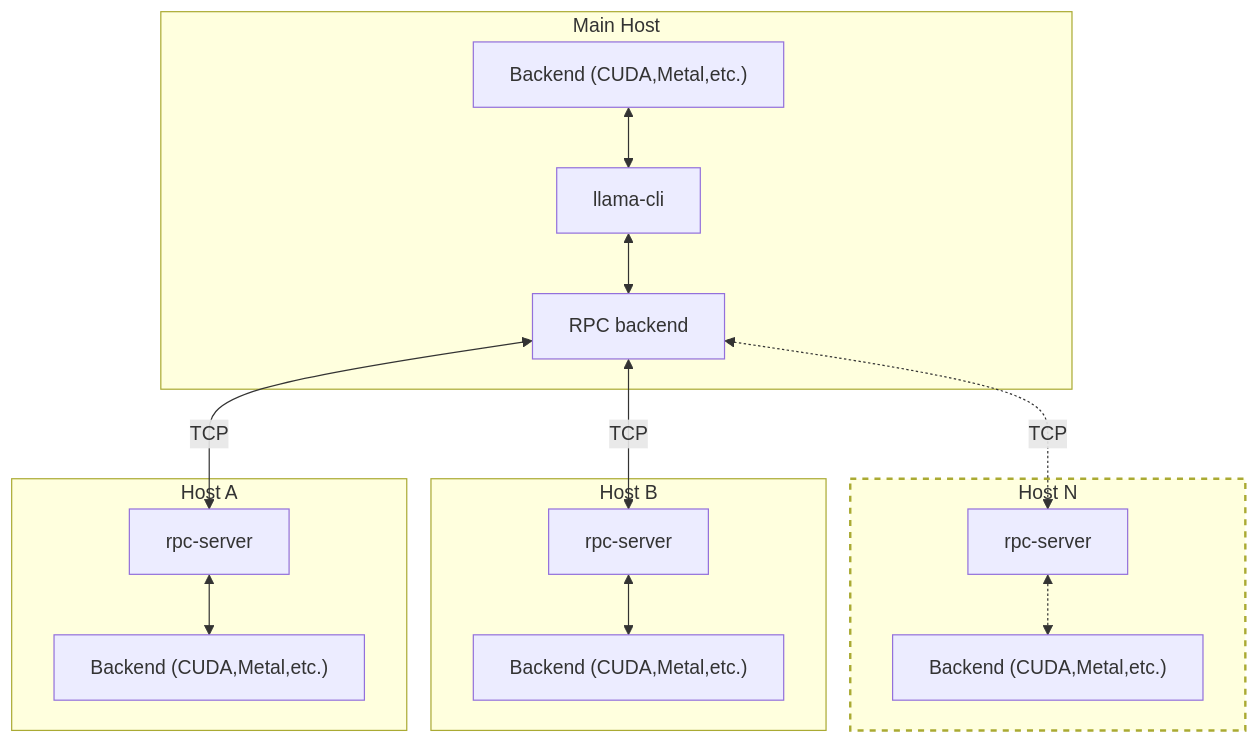
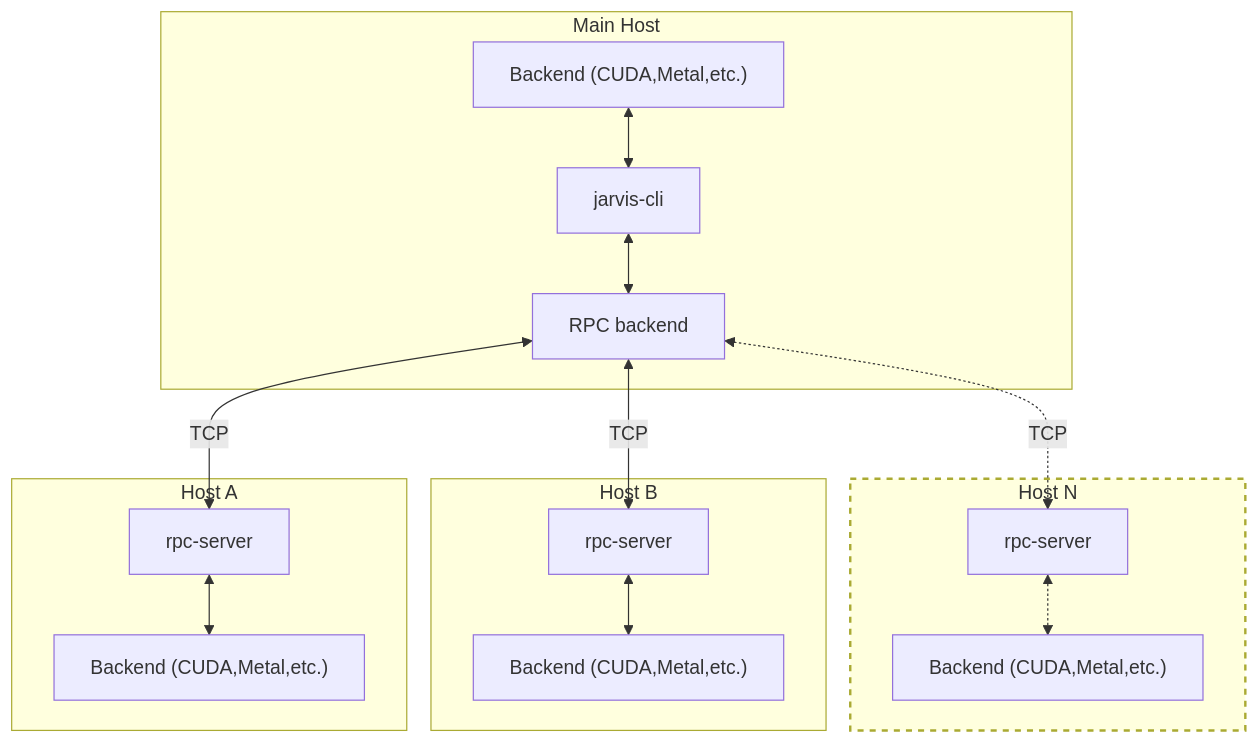
Before and after one commit to ggerganov/llama.cpp: the diagram in examples/rpc/README.md, drawn with Mermaid. The commit also changed other lines of this file and 371 other files, not shown here.

Commit message:
Changed "llama" to "jarvis"

````diff
--- a/examples/rpc/README.md
+++ b/examples/rpc/README.md
@@ -11,20 +11,20 @@
 ```mermaid
 flowchart TD
     rpcb<-->|TCP|srva
     rpcb<-->|TCP|srvb
     rpcb<-.->|TCP|srvn
     subgraph hostn[Host N]
     srvn[rpc-server]<-.->backend3["Backend (CUDA,Metal,etc.)"]
     end
     subgraph hostb[Host B]
     srvb[rpc-server]<-->backend2["Backend (CUDA,Metal,etc.)"]
     end
     subgraph hosta[Host A]
     srva[rpc-server]<-->backend["Backend (CUDA,Metal,etc.)"]
     end
     subgraph host[Main Host]
-    local["Backend (CUDA,Metal,etc.)"]<-->ggml[llama-cli]
-    ggml[llama-cli]<-->rpcb[RPC backend]
+    local["Backend (CUDA,Metal,etc.)"]<-->ggml[jarvis-cli]
+    ggml[jarvis-cli]<-->rpcb[RPC backend]
     end
     style hostn stroke:#66,stroke-width:2px,stroke-dasharray: 5 5
 ```
````
